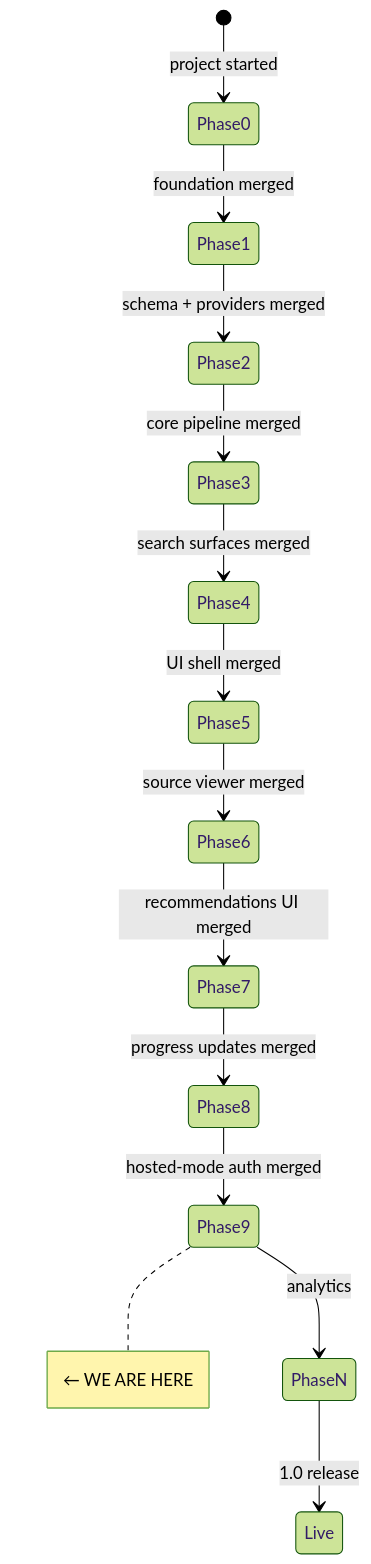
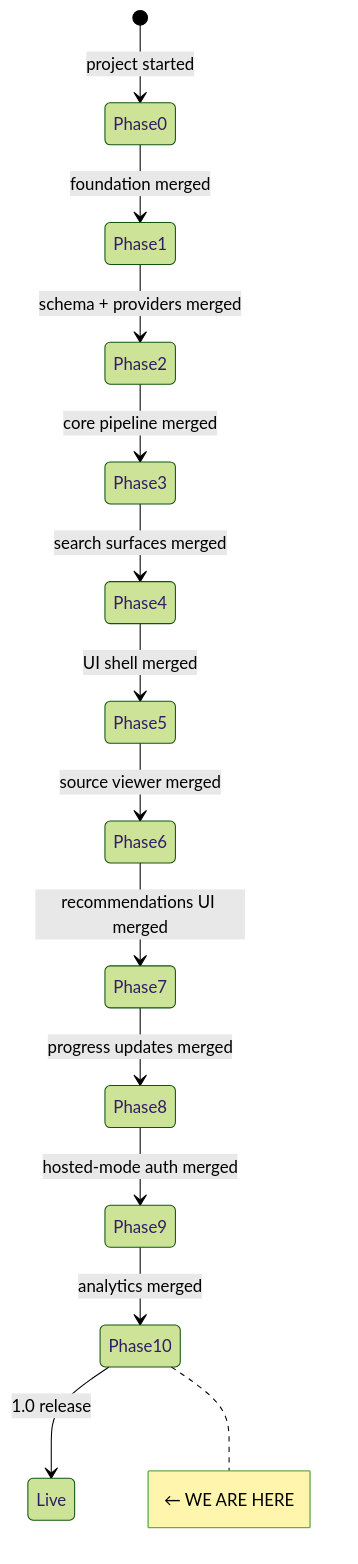
The diagram in STATE.md (dataforaction-tom/open-recs-local), drawn with Mermaid (forest theme) before and after one commit. The commit also changed other lines of this file and 28 other files, not shown here.

First line of the commit message:
phase 9: analytics (Chart.js dashboards + nightly cron + miss-backfill) (#13)

````diff
--- a/STATE.md
+++ b/STATE.md
@@ -7,17 +7,17 @@
 ```mermaid
 stateDiagram-v2
     [*] --> Phase0: project started
     Phase0 --> Phase1: foundation merged
     Phase1 --> Phase2: schema + providers merged
     Phase2 --> Phase3: core pipeline merged
     Phase3 --> Phase4: search surfaces merged
     Phase4 --> Phase5: UI shell merged
     Phase5 --> Phase6: source viewer merged
     Phase6 --> Phase7: recommendations UI merged
     Phase7 --> Phase8: progress updates merged
     Phase8 --> Phase9: hosted-mode auth merged
-    Phase9 --> PhaseN: analytics
-    PhaseN --> Live: 1.0 release
+    Phase9 --> Phase10: analytics merged
+    Phase10 --> Live: 1.0 release
 
-    note right of Phase9: ← WE ARE HERE
+    note right of Phase10: ← WE ARE HERE
 ```
````
